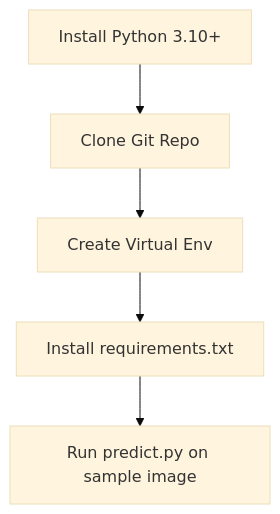
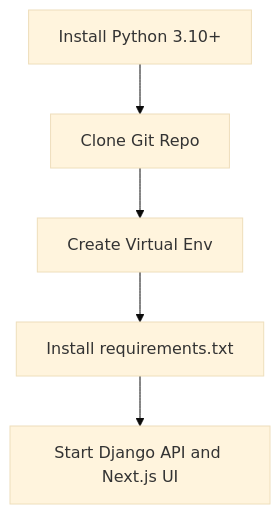
The diagram in doc/tutorials/getting-started.md (arththakkar1/signal-scope-web-app), drawn with Mermaid (base theme) before and after one commit. The commit also changed other lines of this file and 7 other files, not shown here.

````diff
--- a/doc/tutorials/getting-started.md
+++ b/doc/tutorials/getting-started.md
@@ -7,7 +7,7 @@
 ```mermaid
 flowchart TD
     A[Install Python 3.10+] --> B[Clone Git Repo]
     B --> C[Create Virtual Env]
     C --> D[Install requirements.txt]
-    D --> E[Run predict.py on sample image]
+    D --> E[Start Django API and Next.js UI]
 ```
````
